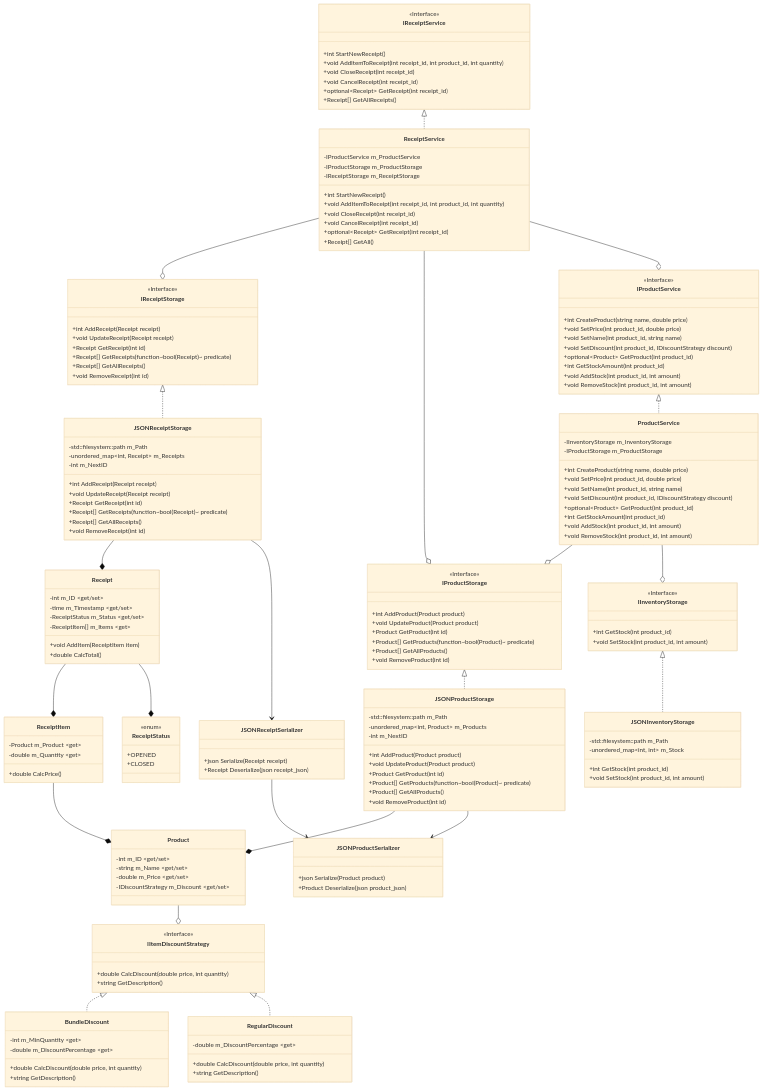
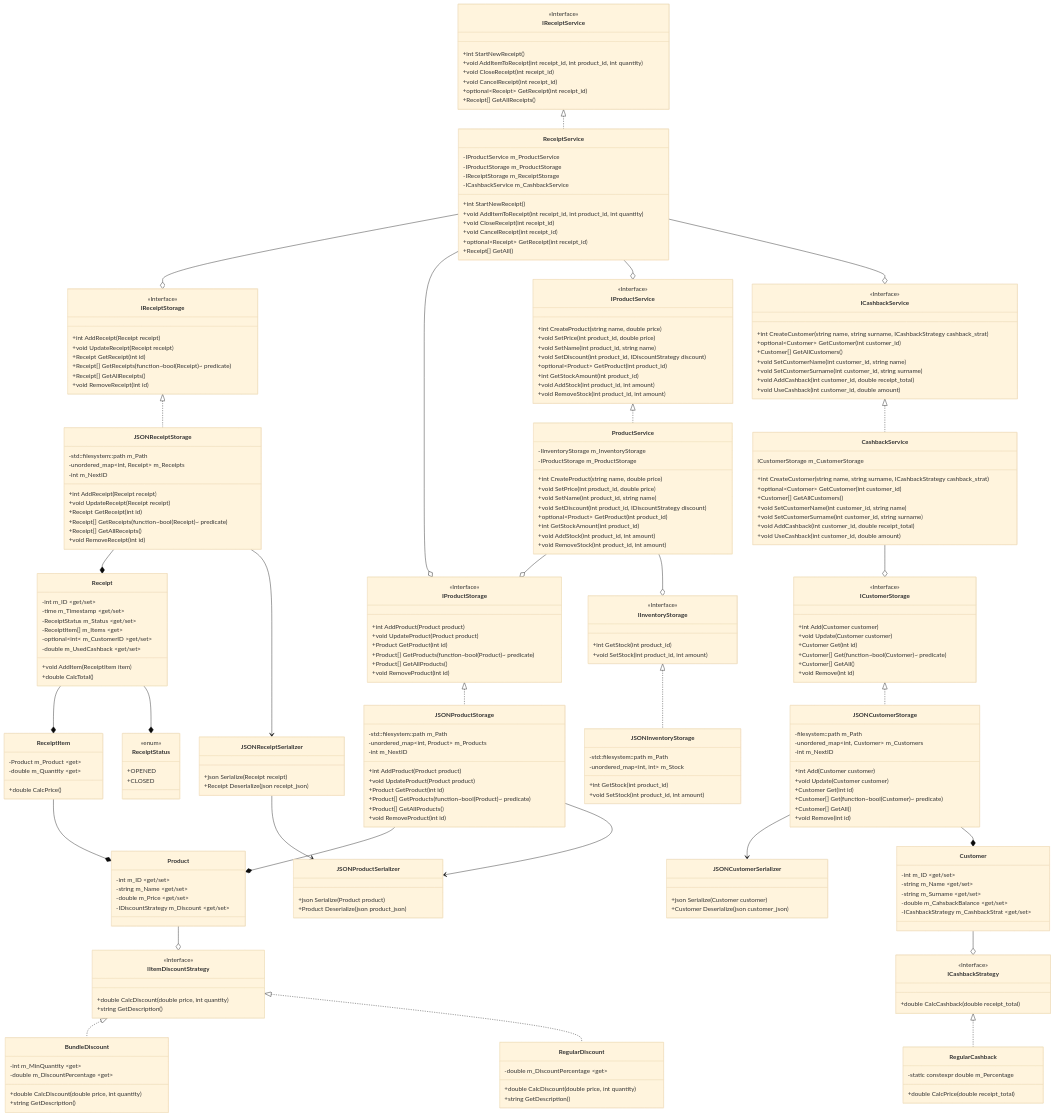
Before and after one commit to GrispenX/oop-shop-system: the diagram in docs/class-diagram.md, drawn with Mermaid (base theme). The commit also changed 3 other files, not shown here.

````diff
--- a/docs/class-diagram.md
+++ b/docs/class-diagram.md
@@ -35,15 +35,6 @@
     class IItemDiscountStrategy {
 	    +double CalcDiscount(double price, int quantity)
 	    +string GetDescription()
-    }
-
-    class Receipt {
-	    -int m_ID ~get/set~
-	    -time m_Timestamp ~get/set~
-	    -ReceiptStatus m_Status ~get/set~
-	    -ReceiptItem[] m_Items ~get~
-	    +void AddItem(ReceiptItem item)
-	    +double CalcTotal()
     }
 
     class ReceiptStatus {
@@ -143,10 +134,86 @@
 	    +Receipt[] GetAllReceipts()
     }
 
+    class ICashbackStrategy {
+	    +double CalcCashback(double receipt_total)
+    }
+
+    class Customer {
+	    -int m_ID ~get/set~
+	    -string m_Name ~get/set~
+	    -string m_Surname ~get/set~
+	    -double m_CahsbackBalance ~get/set~
+	    -ICashbackStrategy m_CashbackStrat ~get/set~
+    }
+
+    class ICustomerStorage {
+	    +int Add(Customer customer)
+	    +void Update(Customer customer)
+	    +Customer Get(int id)
+	    +Customer[] Get(function~bool(Customer)~ predicate)
+	    +Customer[] GetAll()
+	    +void Remove(int id)
+    }
+
+    class Receipt {
+	    -int m_ID ~get/set~
+	    -time m_Timestamp ~get/set~
+	    -ReceiptStatus m_Status ~get/set~
+	    -ReceiptItem[] m_Items ~get~
+	    -optional~int~ m_CustomerID ~get/set~
+	    -double m_UsedCashback ~get/set~
+	    +void AddItem(ReceiptItem item)
+	    +double CalcTotal()
+    }
+
+    class RegularCashback {
+	    -static constexpr double m_Percentage
+	    +double CalcPrice(double receipt_total)
+    }
+
+    class ICashbackService {
+	    +int CreateCustomer(string name, string surname, ICashbackStrategy cashback_strat)
+	    +optional~Customer~ GetCustomer(int customer_id)
+	    +Customer[] GetAllCustomers()
+	    +void SetCustomerName(int customer_id, string name)
+	    +void SetCustomerSurname(int customer_id, string surname)
+	    +void AddCashback(int customer_id, double receipt_total)
+	    +void UseCashback(int customer_id, double amount)
+    }
+
+    class CashbackService {
+	    ICustomerStorage m_CustomerStorage
+	    +int CreateCustomer(string name, string surname, ICashbackStrategy cashback_strat)
+	    +optional~Customer~ GetCustomer(int customer_id)
+	    +Customer[] GetAllCustomers()
+	    +void SetCustomerName(int customer_id, string name)
+	    +void SetCustomerSurname(int customer_id, string surname)
+	    +void AddCashback(int customer_id, double receipt_total)
+	    +void UseCashback(int customer_id, double amount)
+    }
+
+    class JSONCustomerStorage {
+	    -filesystem::path m_Path
+	    -unordered_map~int, Customer~ m_Customers
+	    -int m_NextID
+	    +int Add(Customer customer)
+	    +void Update(Customer customer)
+	    +Customer Get(int id)
+	    +Customer[] Get(function~bool(Customer)~ predicate)
+	    +Customer[] GetAll()
+	    +void Remove(int id)
+    }
+
+    class JSONCustomerSerializer {
+	    +json Serialize(Customer customer)
+	    +Customer Deserialize(json customer_json)
+    }
+
     class ReceiptService {
 	    -IProductService m_ProductService
 	    -IProductStorage m_ProductStorage
 	    -IReceiptStorage m_ReceiptStorage
+	    -ICashbackService m_CashbackService
 	    +int StartNewReceipt()
 	    +void AddItemToReceipt(int receipt_id, int product_id, int quantity)
 	    +void CloseReceipt(int receipt_id)
@@ -162,6 +229,9 @@
 	<<Interface>> IInventoryStorage
 	<<Interface>> IProductService
 	<<Interface>> IReceiptService
+	<<Interface>> ICashbackStrategy
+	<<Interface>> ICustomerStorage
+	<<Interface>> ICashbackService
 
     ReceiptItem --* Product
     IItemDiscountStrategy <|.. BundleDiscount
@@ -184,4 +254,12 @@
     IProductService <|.. ProductService
     IReceiptService <|.. ReceiptService
     ReceiptService --o IProductService
+    Customer --o ICashbackStrategy
+    ICashbackStrategy <|.. RegularCashback
+    ICashbackService <|.. CashbackService
+    CashbackService --o ICustomerStorage
+    ICustomerStorage <|.. JSONCustomerStorage
+    JSONCustomerStorage --> JSONCustomerSerializer
+    JSONCustomerStorage --* Customer
+    ReceiptService --o ICashbackService
 ```
````
